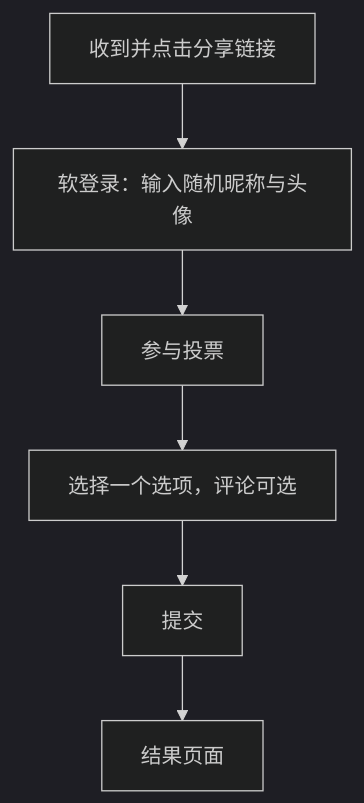
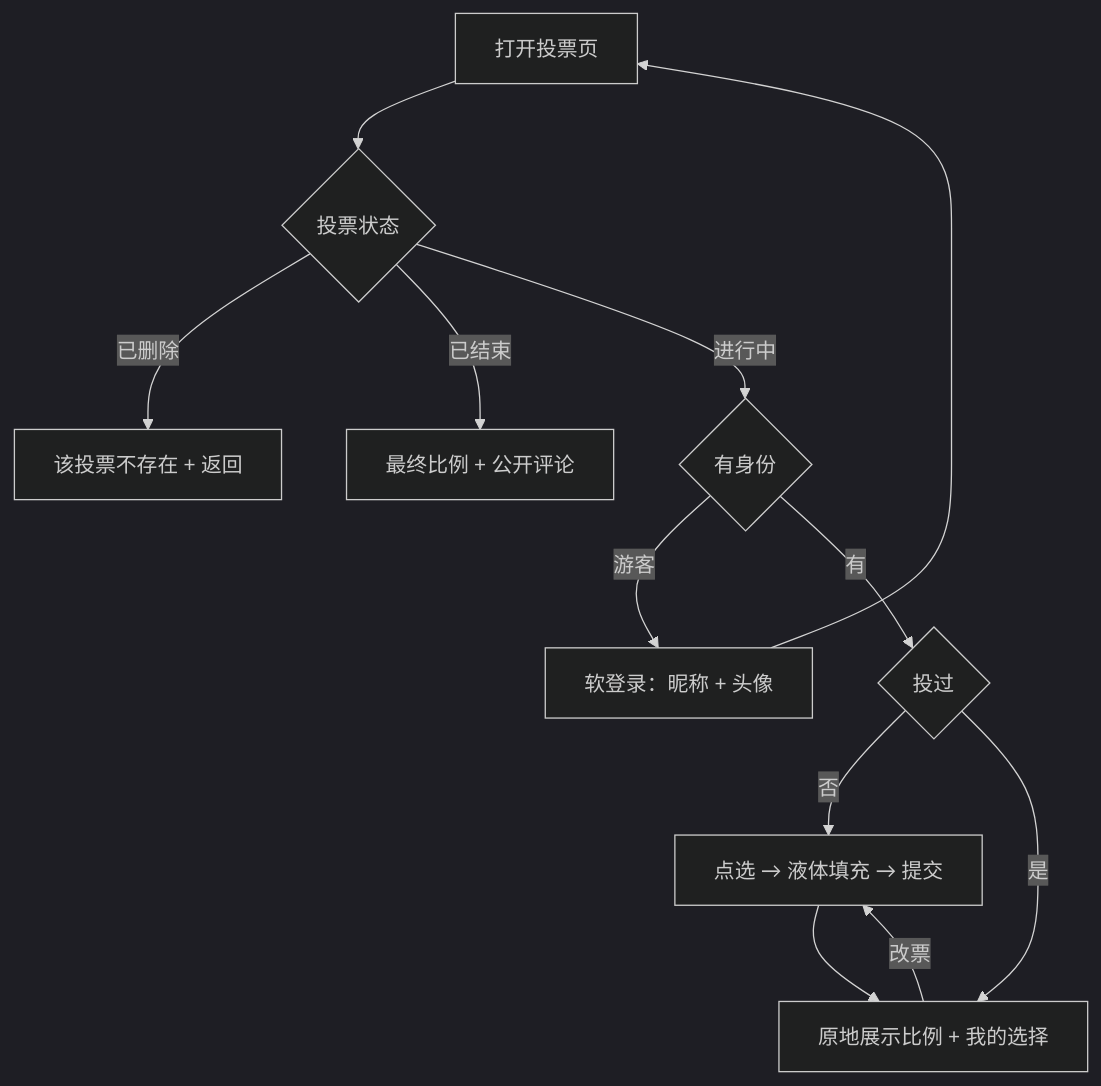
One commit to sd5913/The-Aliien-Repo changed the second of 3 diagrams in docs/PRD.md. Above: the diagram before and after it, drawn with Mermaid (dark theme). The commit also changed other lines of this file, not shown here.

````diff
--- a/docs/PRD.md
+++ b/docs/PRD.md
@@ -225,8 +189,14 @@
 ```mermaid
 flowchart TD
-    A[收到并点击分享链接] --> B[软登录：输入随机昵称与头像]
-    B --> C[参与投票]
-    C --> D[选择一个选项，评论可选]
-    D --> E[提交]
-    E --> F[结果页面]
+    V[打开投票页] --> S{投票状态}
+    S -->|已删除| G[该投票不存在 + 返回]
+    S -->|已结束| F[最终比例 + 公开评论]
+    S -->|进行中| I{有身份}
+    I -->|游客| J[软登录：昵称 + 头像]
+    J --> V
+    I -->|有| K{投过}
+    K -->|否| O[点选 → 液体填充 → 提交]
+    O --> R1[原地展示比例 + 我的选择]
+    K -->|是| R1
+    R1 -->|改票| O
 ```
````
